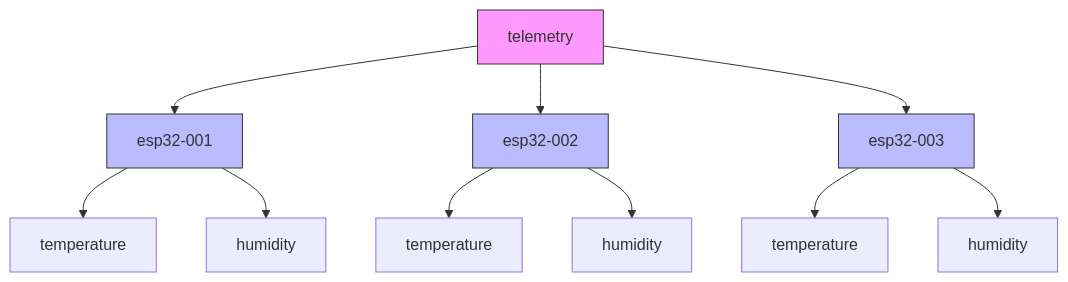
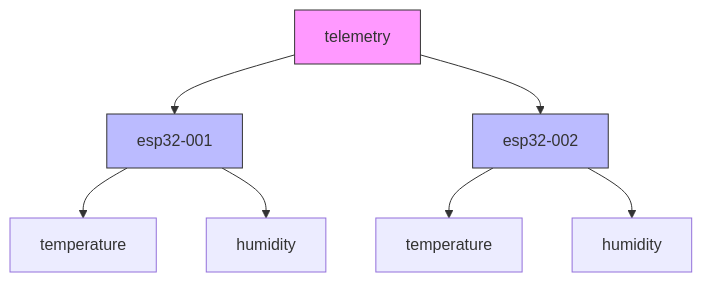
One commit to LukaIvekovic/iot-telemtry-processing changed the fourth of 4 diagrams in architecture.md. Above: the diagram before and after it, drawn with Mermaid. The commit also changed other lines of this file and 6 other files, not shown here.

````diff
--- a/architecture.md
+++ b/architecture.md
@@ -87,18 +86,14 @@
 ```mermaid
 graph TD
     Root[telemetry] --> D1[esp32-001]
     Root --> D2[esp32-002]
-    Root --> D3[esp32-003]
 
     D1 --> D1T[temperature]
     D1 --> D1H[humidity]
     D2 --> D2T[temperature]
     D2 --> D2H[humidity]
-    D3 --> D3T[temperature]
-    D3 --> D3H[humidity]
 
     style Root fill:#f9f,stroke:#333
     style D1 fill:#bbf,stroke:#333
     style D2 fill:#bbf,stroke:#333
-    style D3 fill:#bbf,stroke:#333
 ```
````
